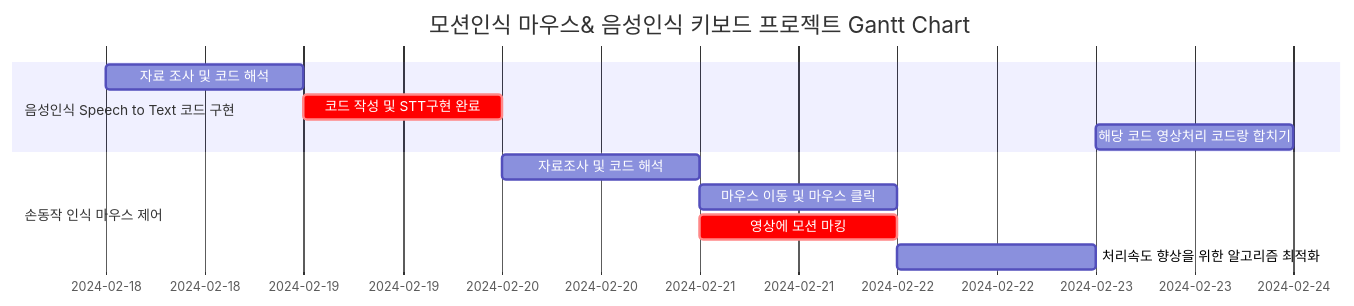
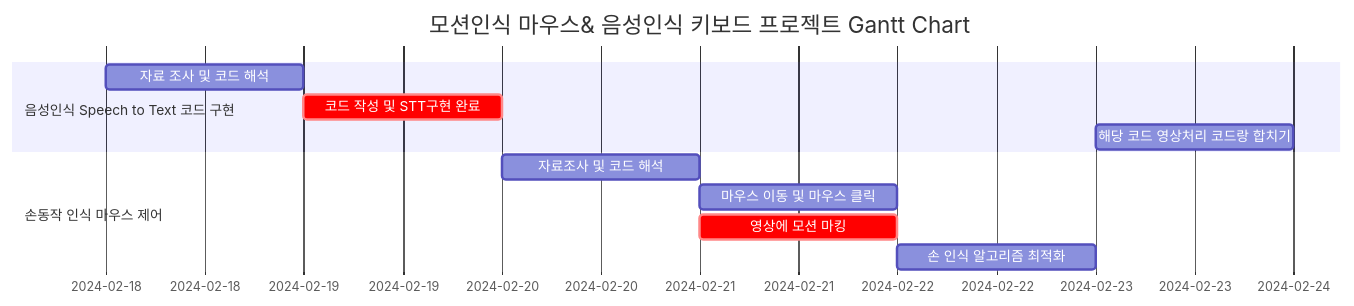
The diagram in README.md (CodeMystero/motionKeyboardMouse), drawn with Mermaid before and after one commit.

````diff
--- a/README.md
+++ b/README.md
@@ -58,16 +58,16 @@
 ```mermaid
 gantt
     dateFormat  MM-DD-YYYY
     title       모션인식 마우스& 음성인식 키보드 프로젝트 Gantt Chart
 	
 	section 음성인식 Speech to Text 코드 구현
 		자료 조사 및 코드 해석 :2024-02-18, 1d
                 코드 작성 및 STT구현 완료  :crit, 2024-02-19, 1d
 		해당 코드 영상처리 코드랑 합치기 :2024-02-23, 1d
 	
 	section 손동작 인식 마우스 제어
 		자료조사 및 코드 해석	: 2024-02-20, 1d
 		마우스 이동 및 마우스 클릭 : 2024-02-21, 1d
                 영상에 모션 마킹  :crit, 2024-02-21, 1d
-		처리속도 향상을 위한 알고리즘 최적화 : 2024-02-22, 1d
+		손 인식 알고리즘 최적화 : 2024-02-22, 1d
 ```
````
